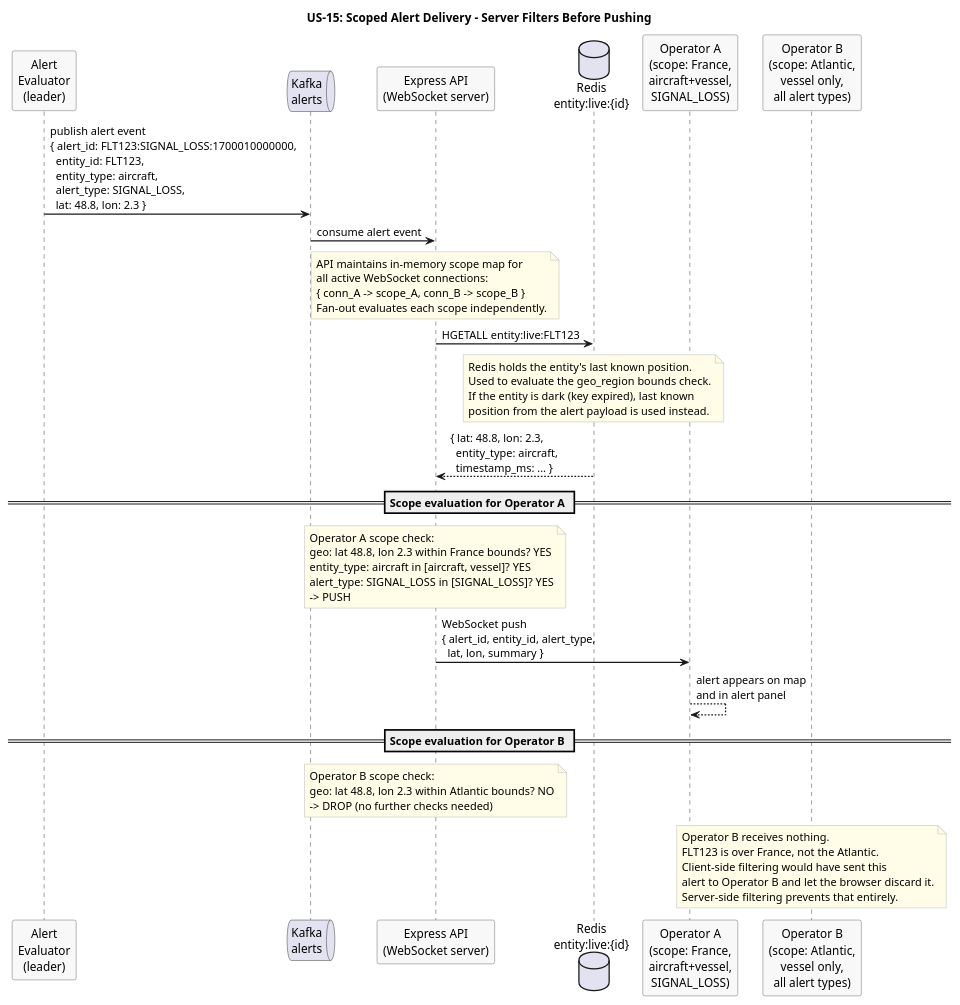
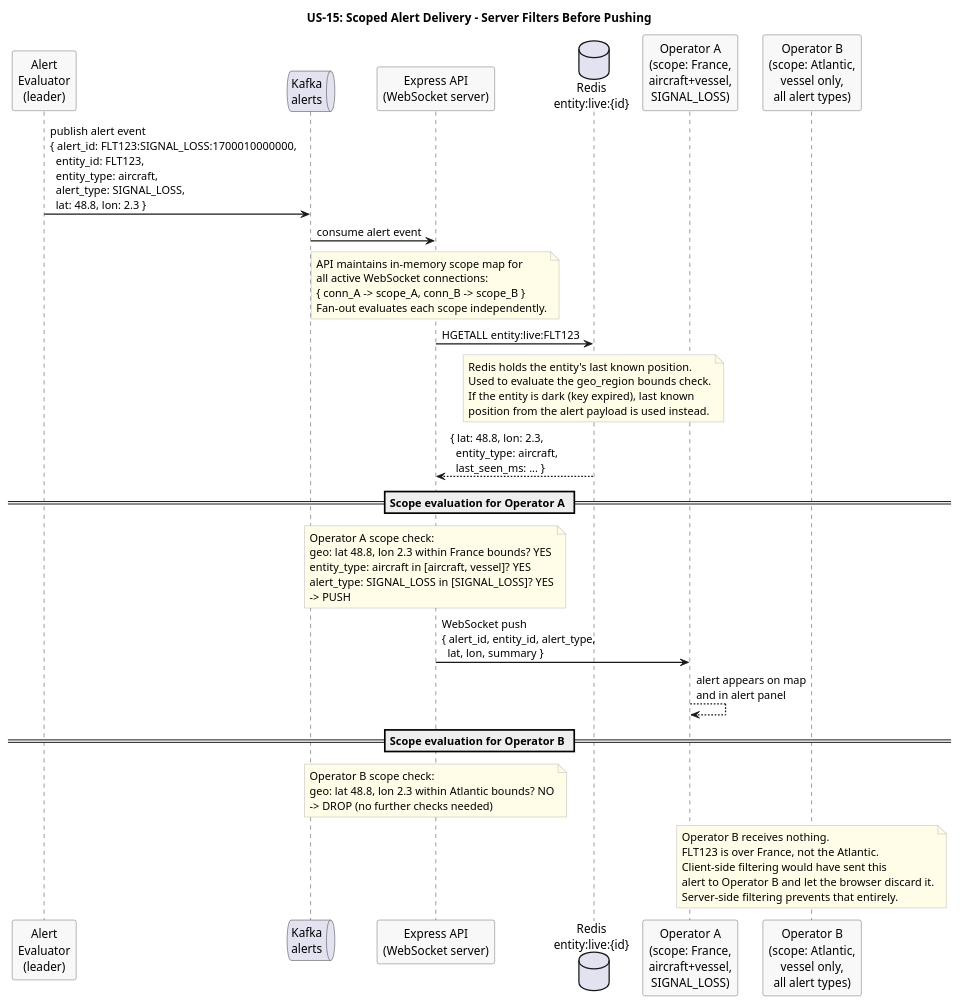
Before and after one commit to Buffden/sentinel: the diagram in docs/use-cases/US-15-scoped-alert-subscription/scoped-alert-delivery.puml, drawn with PlantUML. The commit also changed 7 other files, not shown here.

First line of the commit message:
docs: replace timestamp_ms with last_seen_ms in Redis hash contexts across flow diagrams

```diff
--- a/docs/use-cases/US-15-scoped-alert-subscription/scoped-alert-delivery.puml
+++ b/docs/use-cases/US-15-scoped-alert-subscription/scoped-alert-delivery.puml
@@ -1,69 +1,69 @@
 @startuml scoped-alert-delivery
 title US-15: Scoped Alert Delivery - Server Filters Before Pushing
 
 skinparam sequenceArrowThickness 1.5
 skinparam participantBorderColor #555555
 skinparam participantBackgroundColor #F8F8F8
 skinparam noteBorderColor #AAAAAA
 skinparam noteBackgroundColor #FFFDE7
 
 participant "Alert\nEvaluator\n(leader)" as Evaluator
 queue "Kafka\nalerts" as Kafka
 participant "Express API\n(WebSocket server)" as API
 database "Redis\nentity:live:{id}" as Redis
 participant "Operator A\n(scope: France,\naircraft+vessel,\nSIGNAL_LOSS)" as OpA
 participant "Operator B\n(scope: Atlantic,\nvessel only,\nall alert types)" as OpB
 
 Evaluator -> Kafka : publish alert event\n{ alert_id: FLT123:SIGNAL_LOSS:1700010000000,\n  entity_id: FLT123,\n  entity_type: aircraft,\n  alert_type: SIGNAL_LOSS,\n  lat: 48.8, lon: 2.3 }
 
 Kafka -> API : consume alert event
 
 note over API
   API maintains in-memory scope map for
   all active WebSocket connections:
   { conn_A -> scope_A, conn_B -> scope_B }
   Fan-out evaluates each scope independently.
 end note
 
 API -> Redis : HGETALL entity:live:FLT123
 
 note over Redis
   Redis holds the entity's last known position.
   Used to evaluate the geo_region bounds check.
   If the entity is dark (key expired), last known
   position from the alert payload is used instead.
 end note
 
-Redis --> API : { lat: 48.8, lon: 2.3,\n  entity_type: aircraft,\n  timestamp_ms: ... }
+Redis --> API : { lat: 48.8, lon: 2.3,\n  entity_type: aircraft,\n  last_seen_ms: ... }
 
 == Scope evaluation for Operator A ==
 
 note over API
   Operator A scope check:
   geo: lat 48.8, lon 2.3 within France bounds? YES
   entity_type: aircraft in [aircraft, vessel]? YES
   alert_type: SIGNAL_LOSS in [SIGNAL_LOSS]? YES
   -> PUSH
 end note
 
 API -> OpA : WebSocket push\n{ alert_id, entity_id, alert_type,\n  lat, lon, summary }
 
 OpA --> OpA : alert appears on map\nand in alert panel
 
 == Scope evaluation for Operator B ==
 
 note over API
   Operator B scope check:
   geo: lat 48.8, lon 2.3 within Atlantic bounds? NO
   -> DROP (no further checks needed)
 end note
 
 note over OpB
   Operator B receives nothing.
   FLT123 is over France, not the Atlantic.
   Client-side filtering would have sent this
   alert to Operator B and let the browser discard it.
   Server-side filtering prevents that entirely.
 end note
 
 @enduml
```
